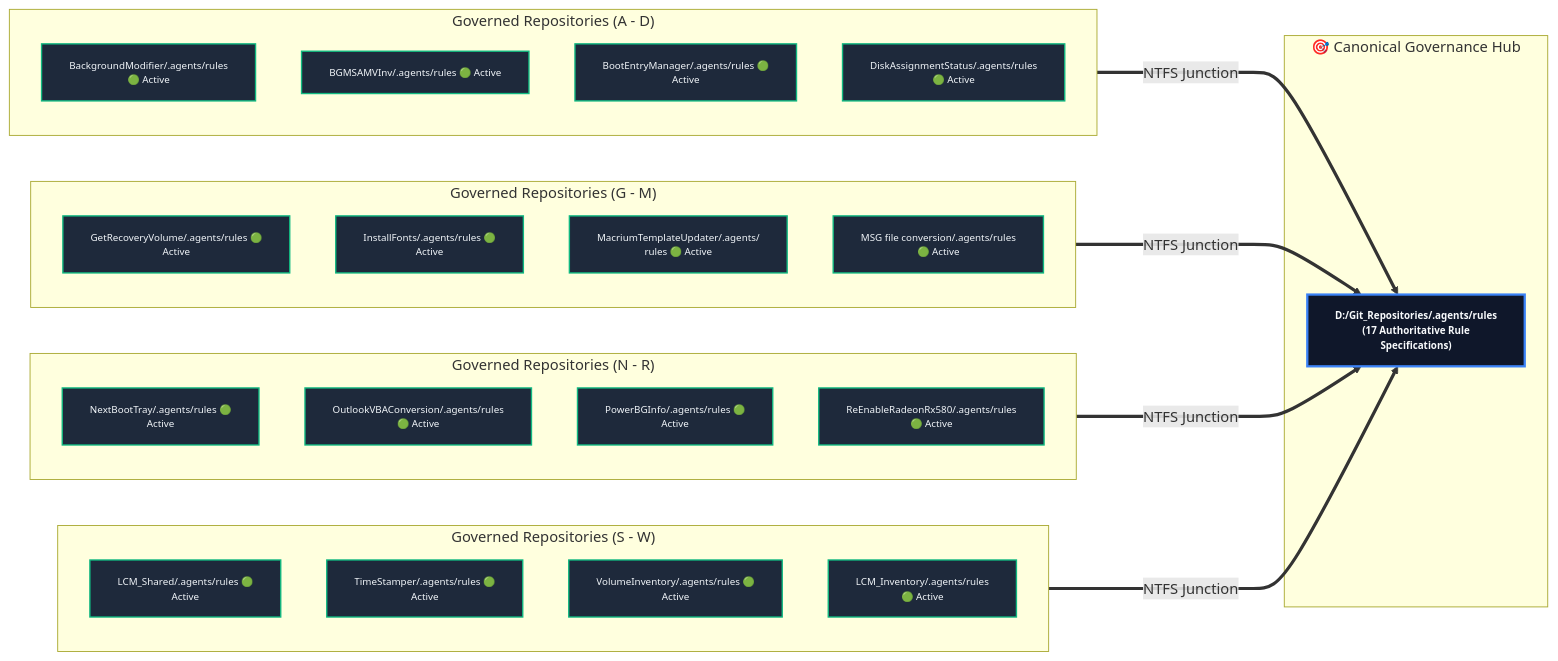
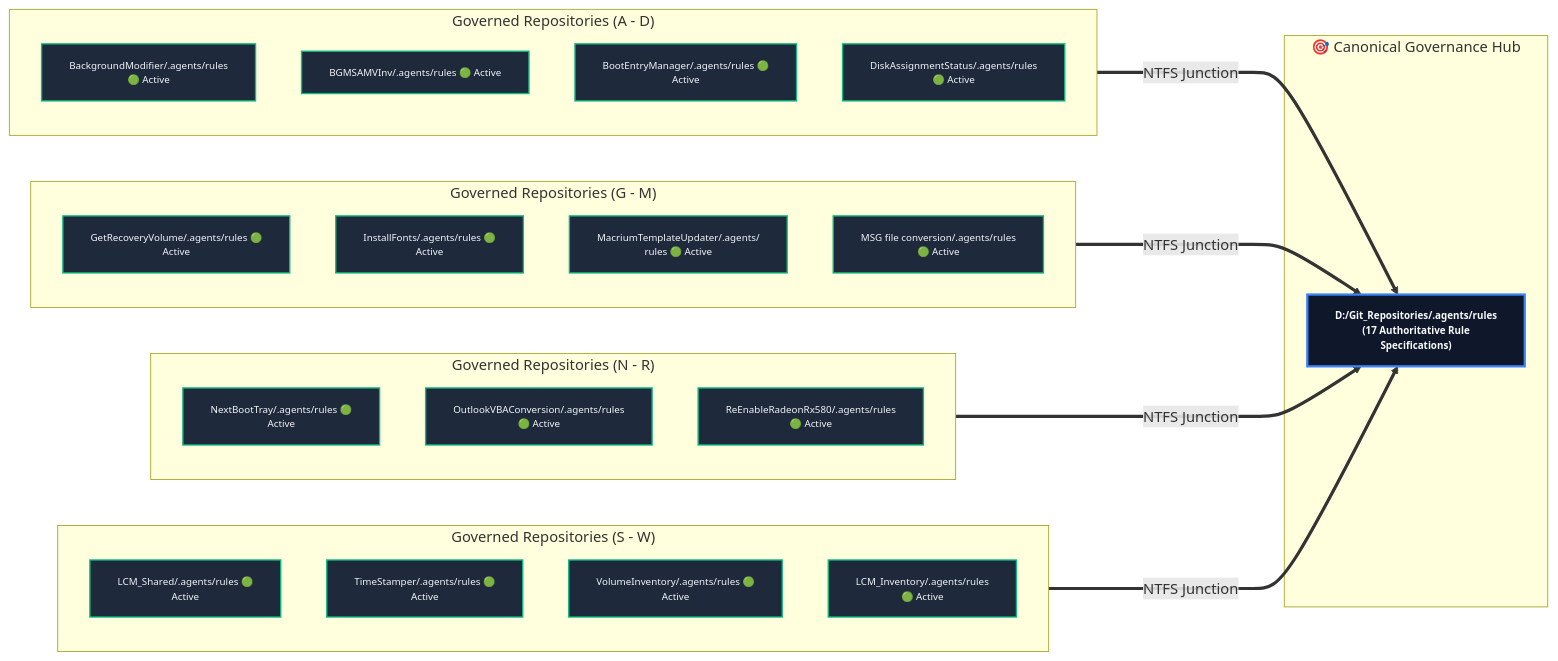
The second of 2 diagrams in docs/LCM-Rules-Cross-Reference.md (rgbigel/Workspace_AI), drawn with Mermaid before and after one commit. The commit also changed other lines of this file and 12 other files, not shown here.

````diff
--- a/docs/LCM-Rules-Cross-Reference.md
+++ b/docs/LCM-Rules-Cross-Reference.md
@@ -63,48 +63,47 @@
 ```mermaid
 flowchart LR
     classDef default font-size:8pt;
     classDef hub fill:#0f172a,stroke:#3b82f6,stroke-width:2.5px,color:#f8fafc,font-weight:bold,font-size:8pt;
     classDef repo fill:#1e293b,stroke:#10b981,stroke-width:1.5px,color:#f1f5f9,font-size:8pt;
 
     subgraph HUB_CLUSTER["🎯 Canonical Governance Hub"]
         HUB["D:/Git_Repositories/.agents/rules<br/>(17 Authoritative Rule<br/>Specifications)"]:::hub
     end
 
     subgraph COL1["Governed Repositories (A - D)"]
         direction TB
         R01["BackgroundModifier/.agents/rules<br/>🟢 Active"]:::repo
         R02["BGMSAMVInv/.agents/rules  🟢 Active"]:::repo
         R03["BootEntryManager/.agents/rules  🟢<br/>Active"]:::repo
         R04["DiskAssignmentStatus/.agents/rules<br/>🟢 Active"]:::repo
     end
 
     subgraph COL2["Governed Repositories (G - M)"]
         direction TB
         R05["GetRecoveryVolume/.agents/rules  🟢<br/>Active"]:::repo
         R06["InstallFonts/.agents/rules  🟢<br/>Active"]:::repo
         R07["MacriumTemplateUpdater/.agents/<br/>rules  🟢 Active"]:::repo
         R08["MSG file conversion/.agents/rules<br/>🟢 Active"]:::repo
     end
 
     subgraph COL3["Governed Repositories (N - R)"]
         direction TB
         R09["NextBootTray/.agents/rules  🟢<br/>Active"]:::repo
         R10["OutlookVBAConversion/.agents/rules<br/>🟢 Active"]:::repo
-        R11["PowerBGInfo/.agents/rules  🟢<br/>Active"]:::repo
         R12["ReEnableRadeonRx580/.agents/rules<br/>🟢 Active"]:::repo
     end
 
     subgraph COL4["Governed Repositories (S - W)"]
         direction TB
         R13["LCM_Shared/.agents/rules  🟢<br/>Active"]:::repo
         R14["TimeStamper/.agents/rules  🟢<br/>Active"]:::repo
         R15["VolumeInventory/.agents/rules  🟢<br/>Active"]:::repo
         R16["LCM_Inventory/.agents/rules<br/>🟢 Active"]:::repo
     end
 
     COL1 ===>|"NTFS Junction"| HUB
     COL2 ===>|"NTFS Junction"| HUB
     COL3 ===>|"NTFS Junction"| HUB
     COL4 ===>|"NTFS Junction"| HUB
 
 ```
````
